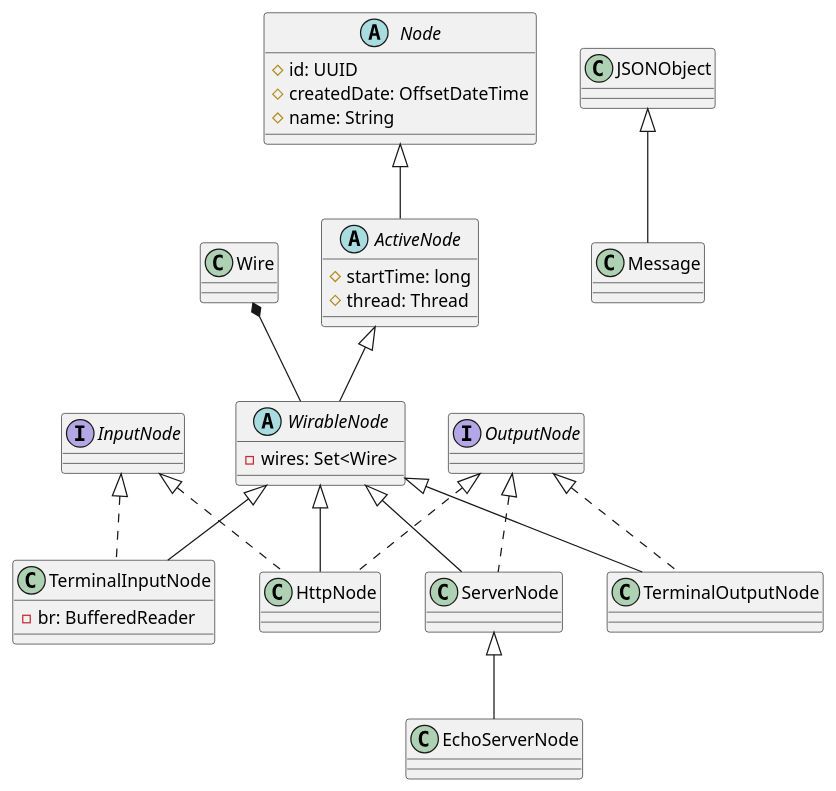
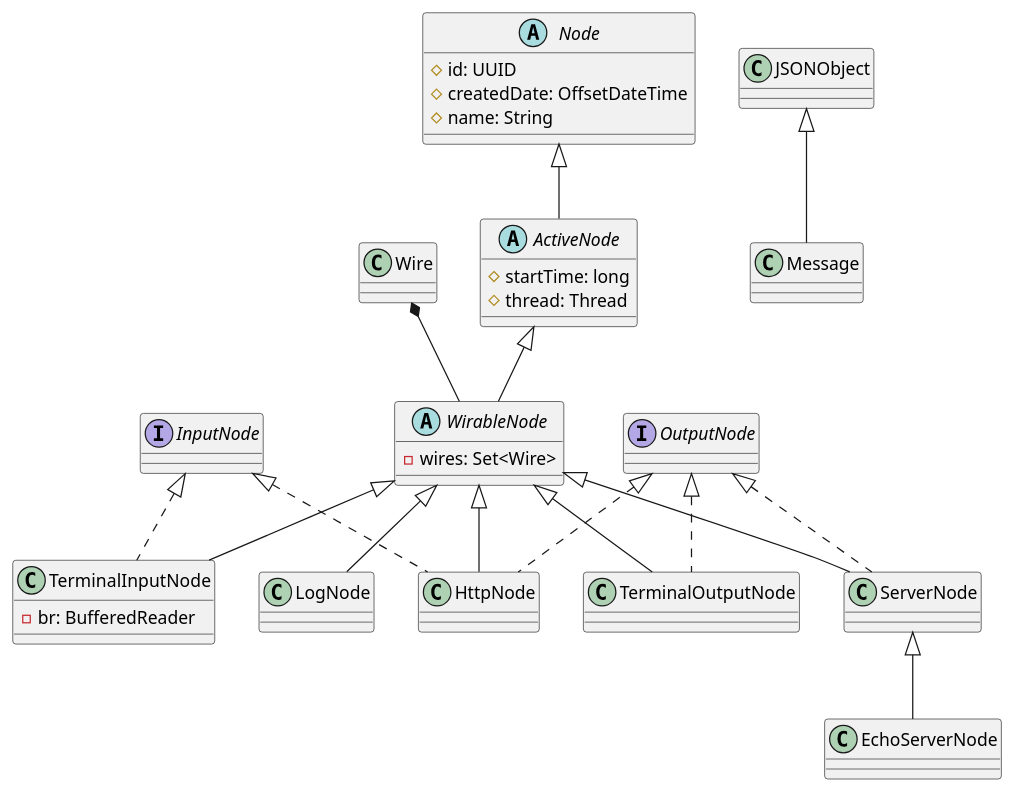
The diagram in preview.wsd (jki12/simple-node), drawn with PlantUML before and after one commit. The commit also changed 4 other files, not shown here.

Commit message:
feat: LogNode 추가

```diff
--- a/preview.wsd
+++ b/preview.wsd
@@ -1,57 +1,61 @@
 @startuml
 
 class Wire {
 }
 
 abstract class Node {
     #id: UUID
     #createdDate: OffsetDateTime
     #name: String
 }
 
 abstract class ActiveNode {
     #startTime: long
     #thread: Thread
 }
 
 abstract class WirableNode {
     -wires: Set<Wire>
 }
 
 interface InputNode {
 }
 
 interface OutputNode {
 }
 
 class TerminalInputNode {
     -br: BufferedReader
 }
 
 class ServerNode {
 }
 
 class HttpNode {
 }
 
 class Message {
 }
 
+class LogNode {
+}
+
 Node <|-- ActiveNode
 ActiveNode <|-- WirableNode
 InputNode <|.. TerminalInputNode
 OutputNode <|.. TerminalOutputNode
 WirableNode <|-- TerminalInputNode
 WirableNode <|-- TerminalOutputNode
 WirableNode <|-- ServerNode
+WirableNode <|-- LogNode
 ServerNode <|-- EchoServerNode
 OutputNode <|.. ServerNode
 OutputNode <|.. HttpNode
 InputNode <|.. HttpNode
 
 JSONObject <|-- Message
 WirableNode <|-- HttpNode
 
 Wire *-- WirableNode
 
 @enduml
```
